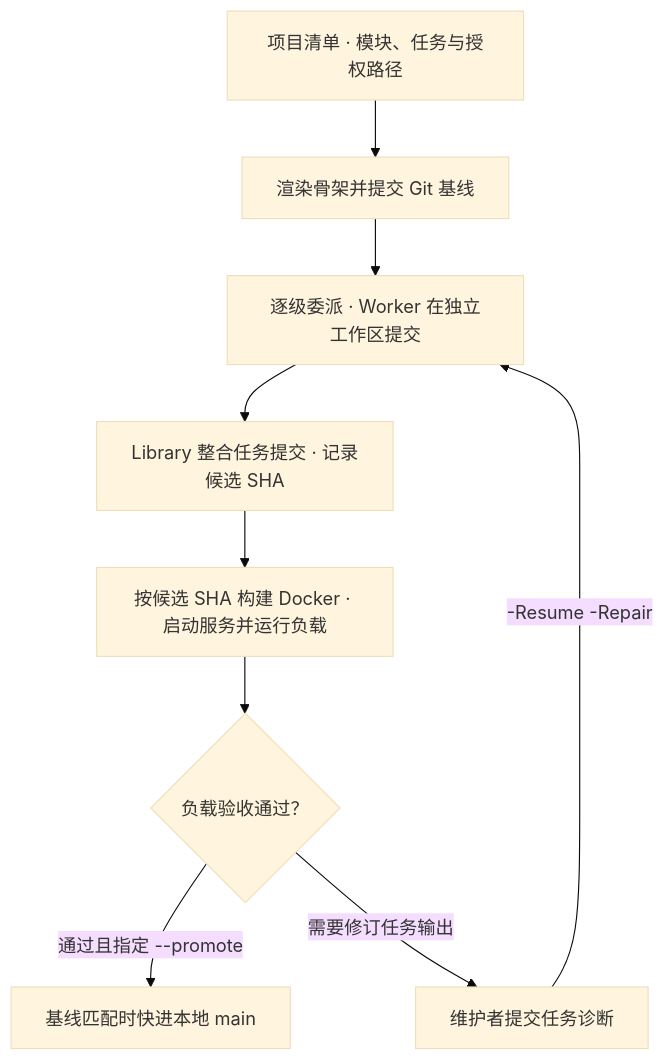
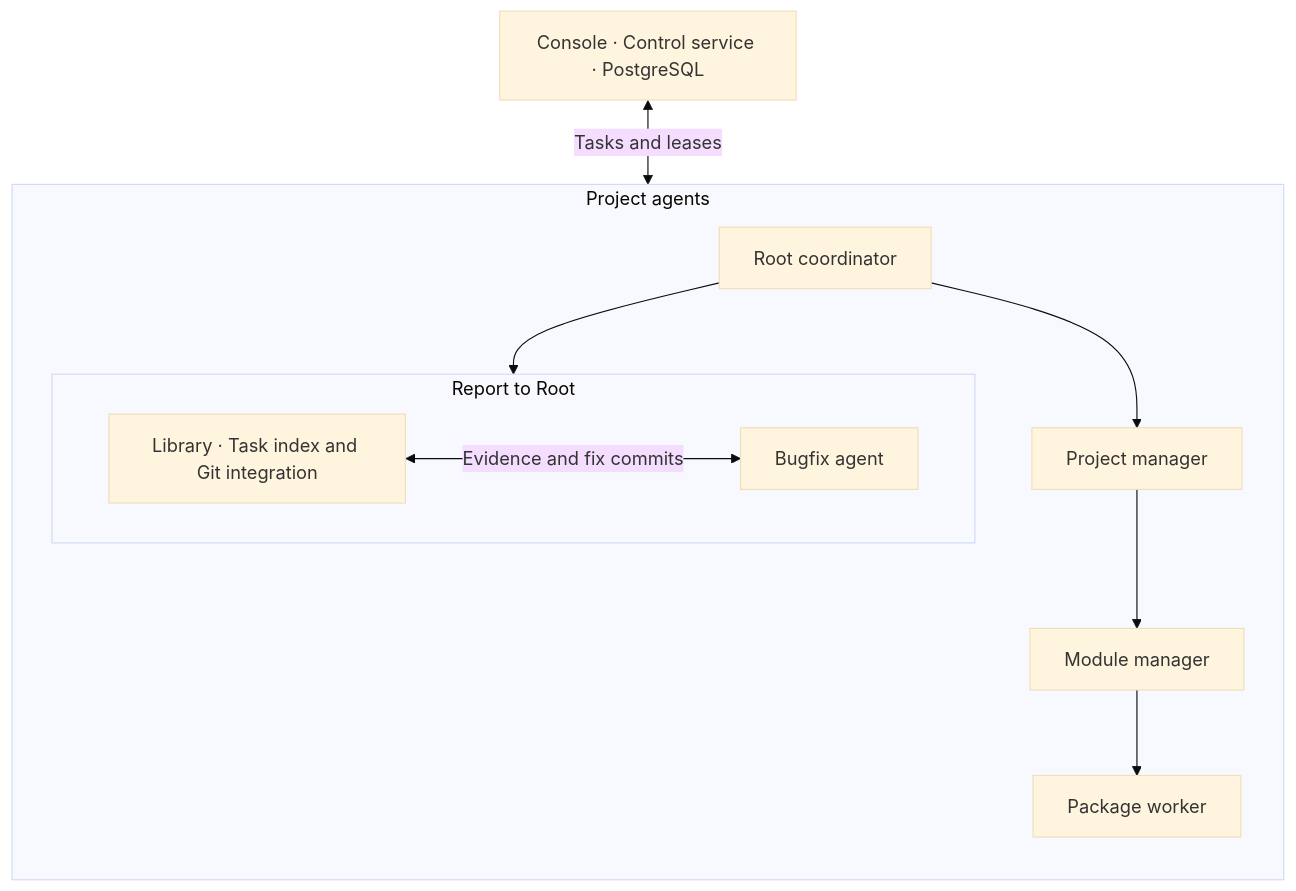
Before and after one commit to William-StarX/Multi-Agent-Development-Platform-for-Java: the second of 2 diagrams in README.md, drawn with Mermaid (base theme). The commit also changed other lines of this file and 6 other files, not shown here.

````diff
--- a/README.md
+++ b/README.md
@@ -56,17 +52,13 @@
 ```mermaid
 flowchart TB
-    accTitle: 从项目清单到交付
-    manifest["项目清单 · 模块、任务与授权路径"]
-    baseline["渲染骨架并提交 Git 基线"]
-    work["逐级委派 · Worker 在独立工作区提交"]
-    candidate["Library 整合任务提交 · 记录候选 SHA"]
-    verify["按候选 SHA 构建 Docker · 启动服务并运行负载"]
-    gate{"负载验收通过？"}
-    promote["基线匹配时快进本地 main"]
-    repair["维护者提交任务诊断"]
-
-    manifest --> baseline --> work --> candidate --> verify --> gate
-    gate -->|"通过且指定 --promote"| promote
-    gate -->|"需要修订任务输出"| repair
-    repair -->|"-Resume -Repair"| work
+    control["Console · Control service · PostgreSQL"] <-->|"Tasks and leases"| agents
+    subgraph agents["Project agents"]
+        direction TB
+        root["Root coordinator"] --> middle["Project manager"] --> scope["Module manager"] --> worker["Package worker"]
+        root --> specialists
+        subgraph specialists["Report to Root"]
+            direction LR
+            library["Library · Task index and Git integration"] <-->|"Evidence and fix commits"| bugfix["Bugfix agent"]
+        end
+    end
 ```
````
